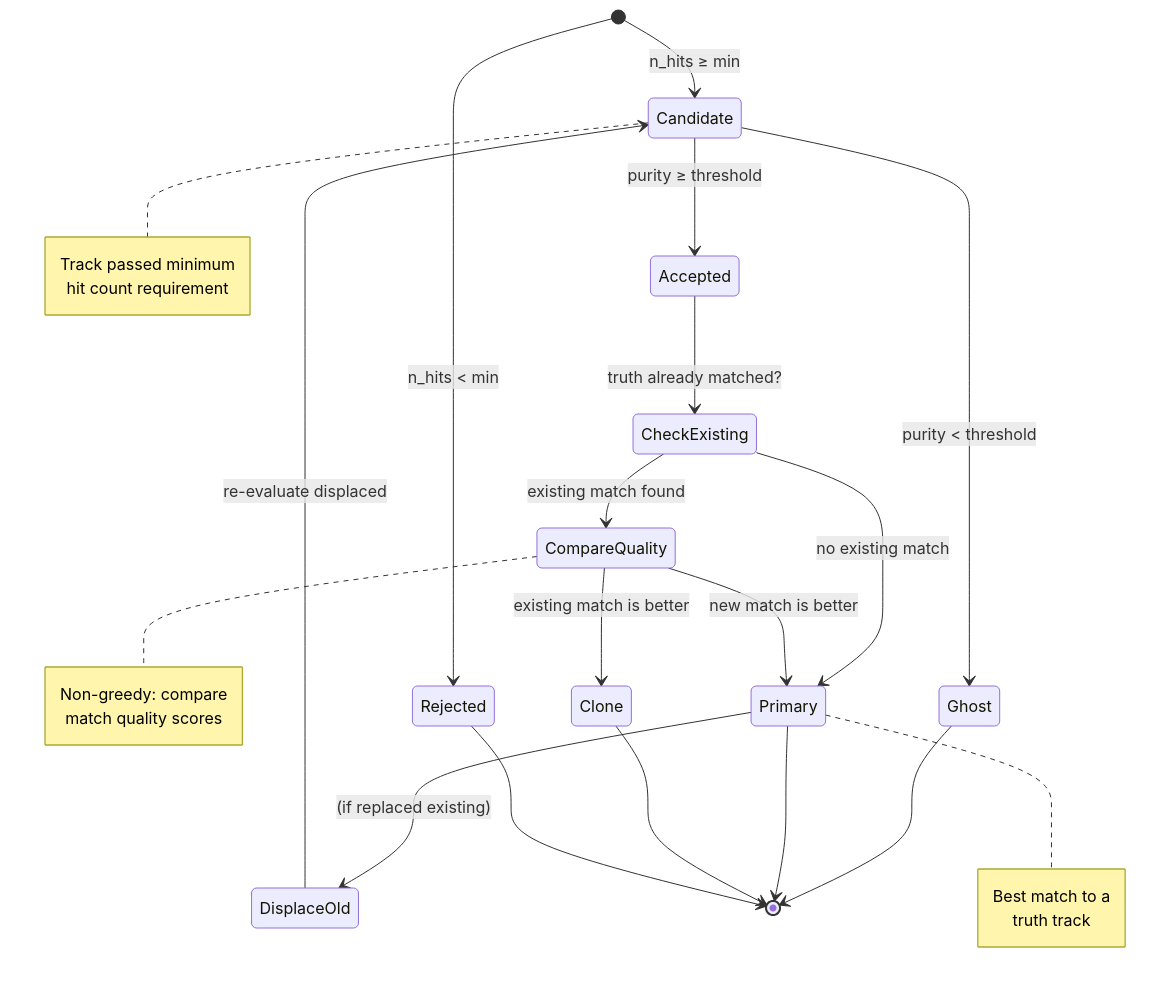
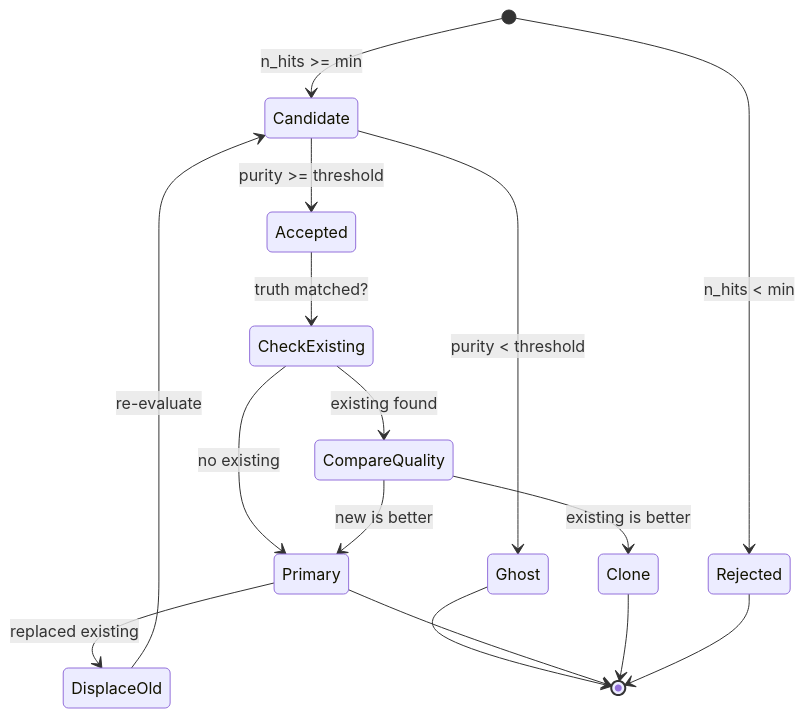
Before and after one commit to GeorgeWilliam1999/LHCb_VeLo_Toy_Model: diagram 12 of 13 in docs/FLOW_DIAGRAMS.md, drawn with Mermaid. The commit also changed other lines of this file and 1 other file, not shown here.

````diff
--- a/docs/FLOW_DIAGRAMS.md
+++ b/docs/FLOW_DIAGRAMS.md
@@ -739,38 +733,23 @@
 ```mermaid
 stateDiagram-v2
-    [*] --> Candidate: n_hits ≥ min
+    [*] --> Candidate: n_hits >= min
     [*] --> Rejected: n_hits < min
     
-    Candidate --> Accepted: purity ≥ threshold
+    Candidate --> Accepted: purity >= threshold
     Candidate --> Ghost: purity < threshold
     
-    Accepted --> CheckExisting: truth already matched?
-    CheckExisting --> Primary: no existing match
-    CheckExisting --> CompareQuality: existing match found
+    Accepted --> CheckExisting: truth matched?
+    CheckExisting --> Primary: no existing
+    CheckExisting --> CompareQuality: existing found
     
-    CompareQuality --> Primary: new match is better
-    CompareQuality --> Clone: existing match is better
+    CompareQuality --> Primary: new is better
+    CompareQuality --> Clone: existing is better
     
-    Primary --> DisplaceOld: (if replaced existing)
-    DisplaceOld --> Candidate: re-evaluate displaced
+    Primary --> DisplaceOld: replaced existing
+    DisplaceOld --> Candidate: re-evaluate
     
     Ghost --> [*]
     Primary --> [*]
     Clone --> [*]
     Rejected --> [*]
-    
-    note right of Candidate
-        Track passed minimum
-        hit count requirement
-    end note
-    
-    note right of CompareQuality
-        Non-greedy: compare
-        match quality scores
-    end note
-    
-    note right of Primary
-        Best match to a
-        truth track
-    end note
 ```
````
